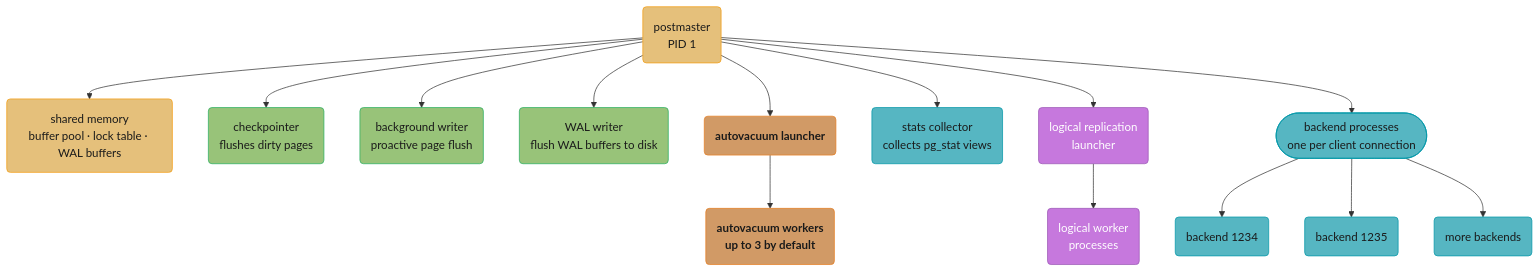
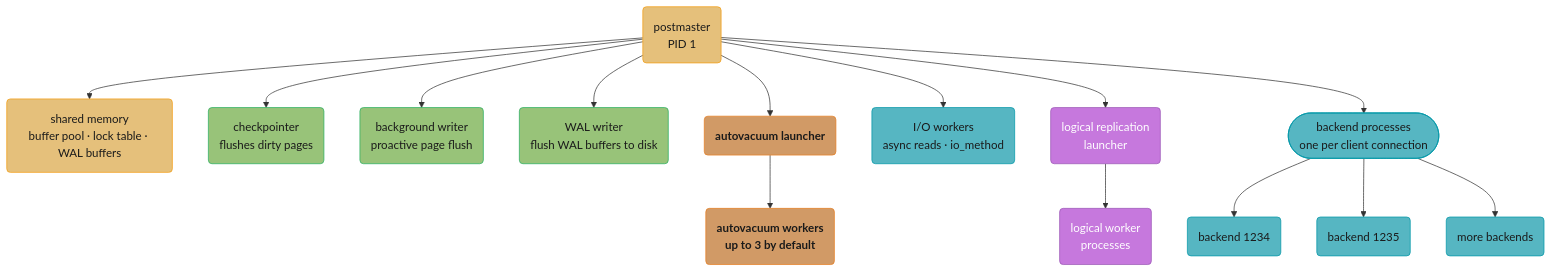
Before and after one commit to rppol/system-design: the first of 4 diagrams in src/main/java/com/rutik/systemdesign/database/postgresql_internals/README.md, drawn with Mermaid. The commit also changed 23 other files, not shown here.

````diff
--- a/src/main/java/com/rutik/systemdesign/database/postgresql_internals/README.md
+++ b/src/main/java/com/rutik/systemdesign/database/postgresql_internals/README.md
@@ -25,30 +25,30 @@
 ```mermaid
 flowchart TD
     classDef io      fill:#61afef,stroke:#2e86c1,color:#1a1a1a,font-weight:bold
     classDef frozen  fill:#c678dd,stroke:#9b59b6,color:#fff
     classDef train   fill:#98c379,stroke:#27ae60,color:#1a1a1a
     classDef mathOp  fill:#d19a66,stroke:#e67e22,color:#1a1a1a,font-weight:bold
     classDef lossN   fill:#e06c75,stroke:#c0392b,color:#fff,font-weight:bold
     classDef req     fill:#56b6c2,stroke:#0097a7,color:#1a1a1a
     classDef base    fill:#e5c07b,stroke:#f39c12,color:#1a1a1a
 
     PM(postmaster<br/>PID 1) --> SHM(shared memory<br/>buffer pool · lock table · WAL buffers)
     PM --> CKPT(checkpointer<br/>flushes dirty pages)
     PM --> BGW(background writer<br/>proactive page flush)
     PM --> WALW(WAL writer<br/>flush WAL buffers to disk)
     PM --> AVL(autovacuum launcher)
     AVL --> AVW(autovacuum workers<br/>up to 3 by default)
-    PM --> STATS(stats collector<br/>collects pg_stat views)
+    PM --> IOW(I/O workers<br/>async reads · io_method)
     PM --> LRL(logical replication<br/>launcher)
     LRL --> LRW(logical worker<br/>processes)
     PM --> BE([backend processes<br/>one per client connection])
     BE --> BE1(backend 1234)
     BE --> BE2(backend 1235)
     BE --> BEN(more backends)
 
     class PM,SHM base
     class CKPT,BGW,WALW train
     class AVL,AVW mathOp
-    class STATS,BE,BE1,BE2,BEN req
+    class IOW,BE,BE1,BE2,BEN req
     class LRL,LRW frozen
 ```
````
